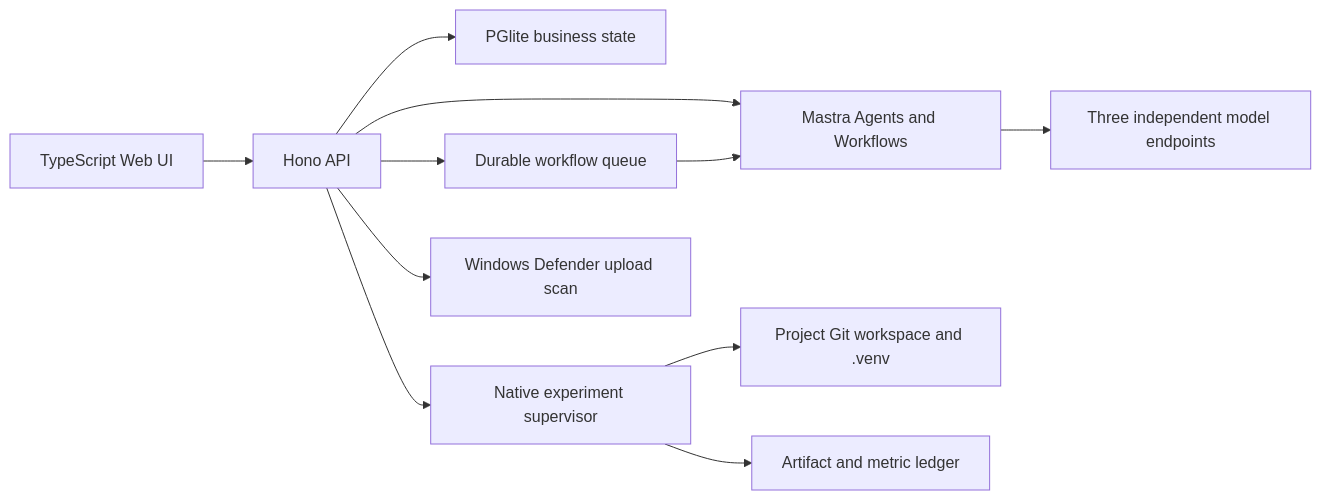
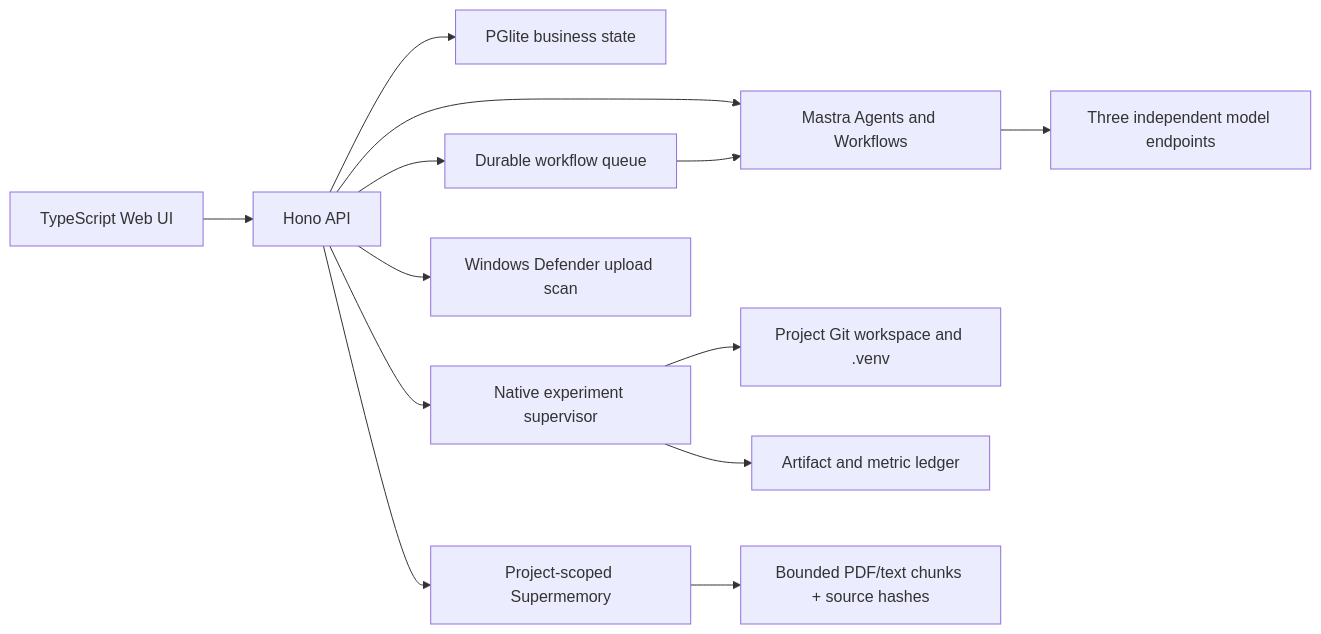
One commit to Karbo123/ResearchOS changed the diagram in docs/architecture.md. Above: the diagram before and after it, drawn with Mermaid. The commit also changed other lines of this file and 30 other files, not shown here.

Commit message:
feat: enforce project-scoped material indexing and Mastra gates

````diff
--- a/docs/architecture.md
+++ b/docs/architecture.md
@@ -5,13 +5,15 @@
 ```mermaid
 flowchart LR
   Browser["TypeScript Web UI"] --> API["Hono API"]
   API --> State["PGlite business state"]
   API --> Mastra["Mastra Agents and Workflows"]
   Mastra --> Models["Three independent model endpoints"]
   API --> Queue["Durable workflow queue"]
   Queue --> Mastra
   API --> Runner["Native experiment supervisor"]
   Runner --> Project["Project Git workspace and .venv"]
   Runner --> Artifacts["Artifact and metric ledger"]
   API --> Defender["Windows Defender upload scan"]
+  API --> Memory["Project-scoped Supermemory"]
+  Memory --> Chunks["Bounded PDF/text chunks + source hashes"]
 ```
````
